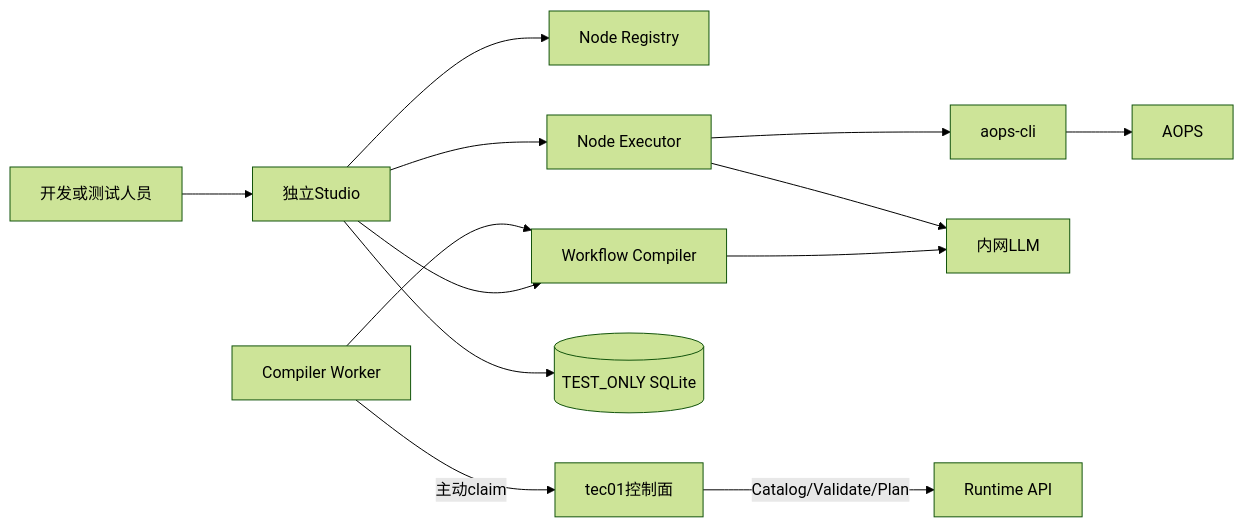
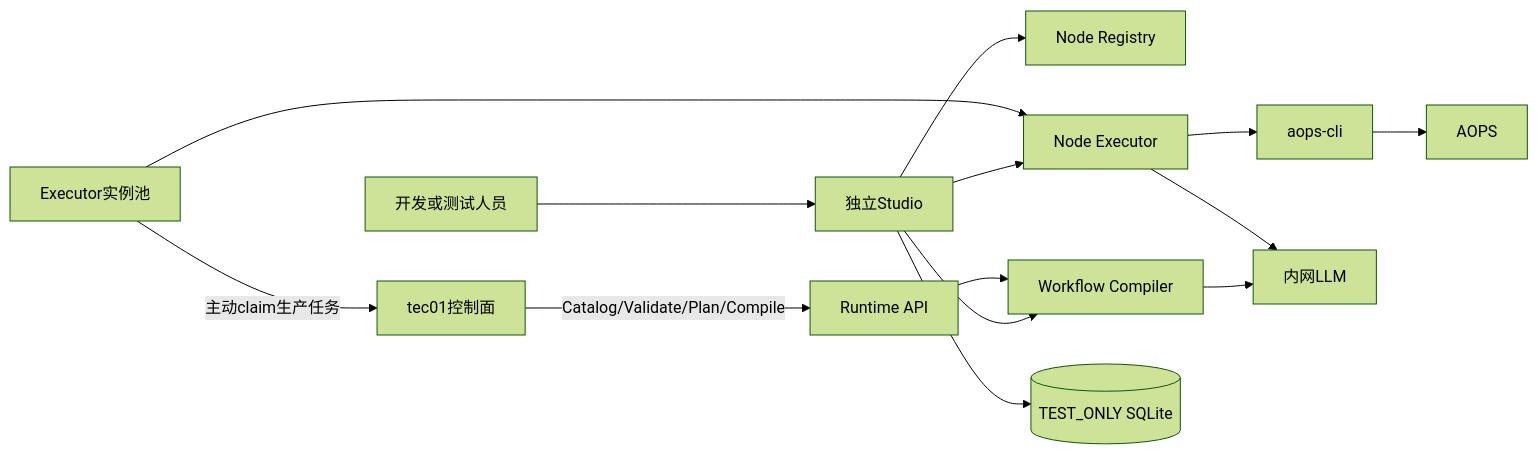
One commit to armin1024/itsm-workflow changed the diagram in docs/architecture.md. Above: the diagram before and after it, drawn with Mermaid (forest theme). The commit also changed other lines of this file and 6 other files, not shown here.

Commit message:
docs: align tec01 control and runtime flows

````diff
--- a/docs/architecture.md
+++ b/docs/architecture.md
@@ -5,16 +5,17 @@
 ```mermaid
 flowchart LR
     U[开发或测试人员] --> S[独立Studio]
     S --> R[Node Registry]
     S --> C[Workflow Compiler]
     S --> E[Node Executor]
     E --> CLI[aops-cli]
     CLI --> A[AOPS]
     C --> L[内网LLM]
     E --> L
     S --> DB[(TEST_ONLY SQLite)]
 
-    T[tec01控制面] -->|Catalog/Validate/Plan| API[Runtime API]
-    CW[Compiler Worker] -->|主动claim| T
-    CW --> C
+    T[tec01控制面] -->|Catalog/Validate/Plan/Compile| API[Runtime API]
+    API --> C
+    EX[Executor实例池] -->|主动claim生产任务| T
+    EX --> E
 ```
````
